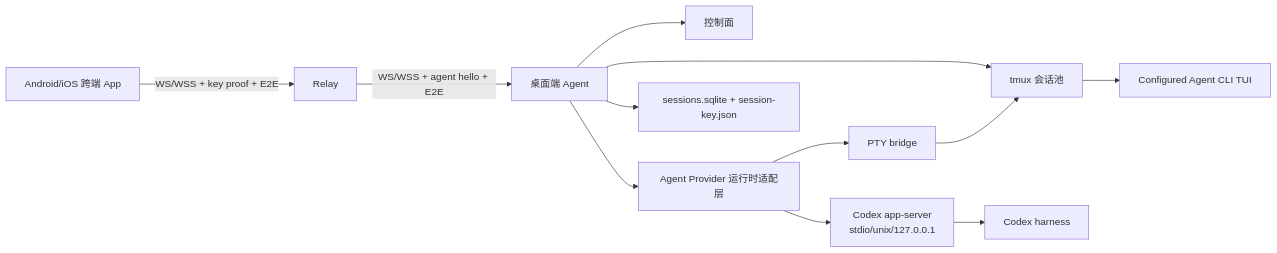
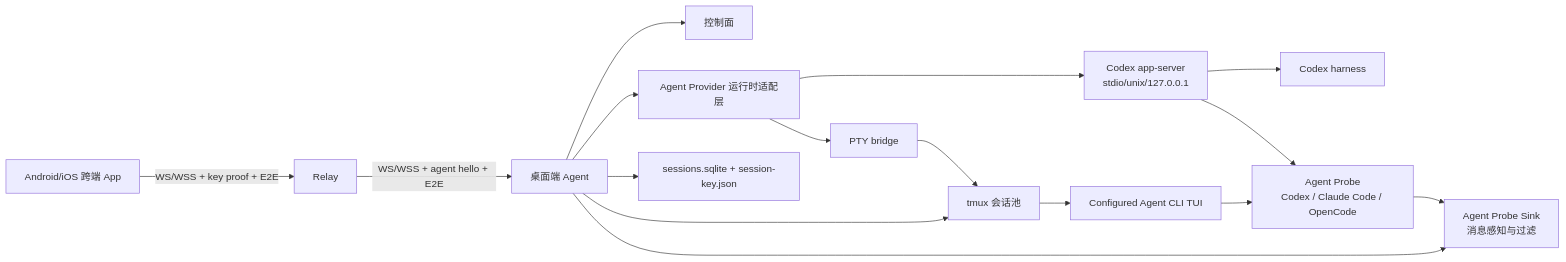
One commit to zhangbozhb/OmniWork changed the first of 2 diagrams in docs/mobile-codex-tui-technical-solution.md. Above: the diagram before and after it, drawn with Mermaid. The commit also changed other lines of this file and 28 other files, not shown here.

Commit message:
feat: add agent probe hook integration

````diff
--- a/docs/mobile-codex-tui-technical-solution.md
+++ b/docs/mobile-codex-tui-technical-solution.md
@@ -198,17 +214,21 @@
 ```mermaid
 flowchart LR
   Phone["Android/iOS 跨端 App"] -->|WS/WSS + key proof + E2E| Relay["Relay"]
   Relay -->|WS/WSS + agent hello + E2E| Agent["桌面端 Agent"]
 
   Agent --> Control["控制面"]
   Agent --> Runtime["Agent Provider 运行时适配层"]
+  Agent --> ProbeSink["Agent Probe Sink<br/>消息感知与过滤"]
   Agent --> Tmux["tmux 会话池"]
   Agent --> Store["sessions.sqlite + session-key.json"]
 
   Runtime --> AppServer["Codex app-server<br/>stdio/unix/127.0.0.1"]
   Runtime --> PTY["PTY bridge"]
   PTY --> Tmux
   Tmux --> ProviderTUI["Configured Agent CLI TUI"]
 
   AppServer --> CodexHarness["Codex harness"]
+  ProviderTUI --> AgentProbe["Agent Probe<br/>Codex / Claude Code / OpenCode"]
+  AppServer --> AgentProbe
+  AgentProbe --> ProbeSink
 ```
````
